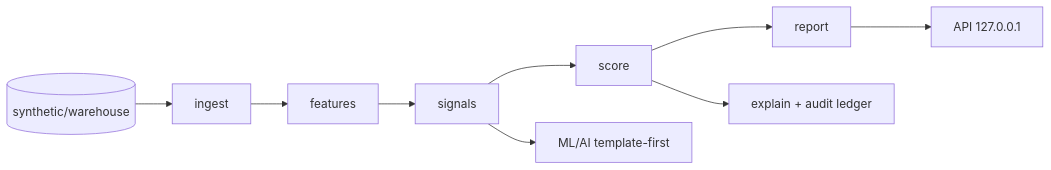
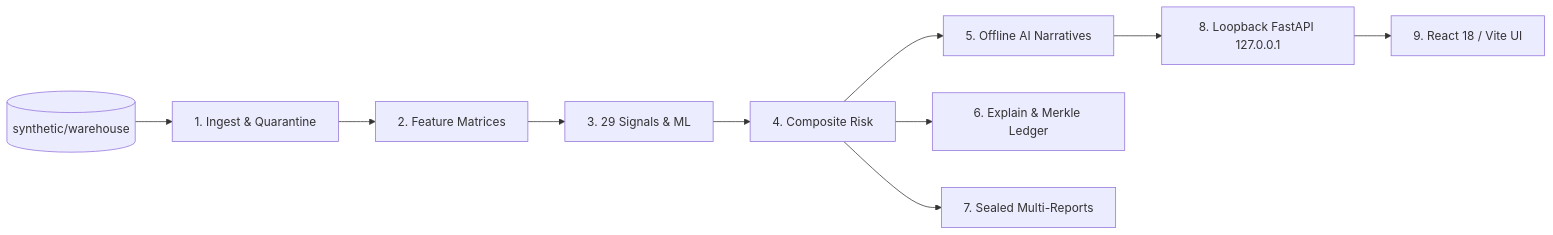
The diagram in ARCHITECTURE.md (Vedant-Dakare/SIH_157), drawn with Mermaid before and after one commit. The commit also changed other lines of this file and 3 other files, not shown here.

````diff
--- a/ARCHITECTURE.md
+++ b/ARCHITECTURE.md
@@ -9,11 +11,12 @@
 ```mermaid
 flowchart LR
-    SYN[(synthetic/warehouse)] --> ING[ingest]
-    ING --> FEA[features]
-    FEA --> SIG[signals]
-    SIG --> SCO[score]
-    SCO --> REP[report]
-    SIG --> MLAI[ML/AI template-first]
-    SCO --> EXP[explain + audit ledger]
-    REP --> API[API 127.0.0.1]
+    SYN[(synthetic/warehouse)] --> ING[1. Ingest & Quarantine]
+    ING --> FEA[2. Feature Matrices]
+    FEA --> SIG[3. 29 Signals & ML]
+    SIG --> SCO[4. Composite Risk]
+    SCO --> MLAI[5. Offline AI Narratives]
+    SCO --> EXP[6. Explain & Merkle Ledger]
+    SCO --> REP[7. Sealed Multi-Reports]
+    MLAI --> API[8. Loopback FastAPI 127.0.0.1]
+    API --> UI[9. React 18 / Vite UI]
 ```
````
